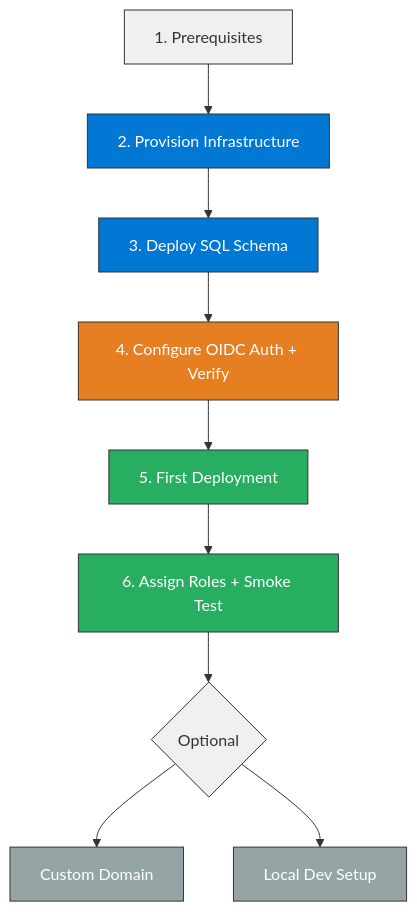
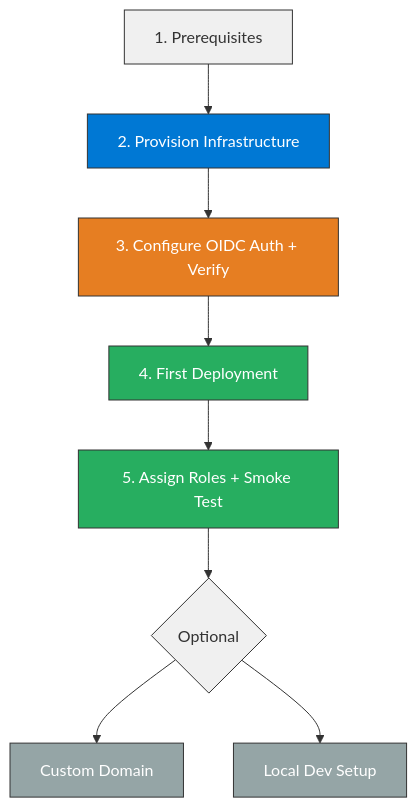
Before and after one commit to jonathan-vella/hacker-board: the first of 3 diagrams in docs/deployment-guide.md, drawn with Mermaid. The commit also changed other lines of this file and 54 other files, not shown here.

Commit message:
docs: sync cosmos db + entra architecture and governance notes

````diff
--- a/docs/deployment-guide.md
+++ b/docs/deployment-guide.md
@@ -13,21 +13,19 @@
 ```mermaid
 graph TD
     A[1. Prerequisites] --> B[2. Provision Infrastructure]
-    B --> C[3. Deploy SQL Schema]
-    C --> D[4. Configure OIDC Auth + Verify]
-    D --> E[5. First Deployment]
-    E --> F[6. Assign Roles + Smoke Test]
-    F --> G{Optional}
-    G --> H[Custom Domain]
-    G --> I[Local Dev Setup]
+    B --> C[3. Configure OIDC Auth + Verify]
+    C --> D[4. First Deployment]
+    D --> E[5. Assign Roles + Smoke Test]
+    E --> F{Optional}
+    F --> G[Custom Domain]
+    F --> H[Local Dev Setup]
 
     style A fill:#f0f0f0,stroke:#333
     style B fill:#0078D4,stroke:#333,color:#fff
-    style C fill:#0078D4,stroke:#333,color:#fff
-    style D fill:#e67e22,stroke:#333,color:#fff
+    style C fill:#e67e22,stroke:#333,color:#fff
+    style D fill:#27ae60,stroke:#333,color:#fff
     style E fill:#27ae60,stroke:#333,color:#fff
-    style F fill:#27ae60,stroke:#333,color:#fff
-    style G fill:#f0f0f0,stroke:#333
+    style F fill:#f0f0f0,stroke:#333
+    style G fill:#95a5a6,stroke:#333,color:#fff
     style H fill:#95a5a6,stroke:#333,color:#fff
-    style I fill:#95a5a6,stroke:#333,color:#fff
 ```
````
